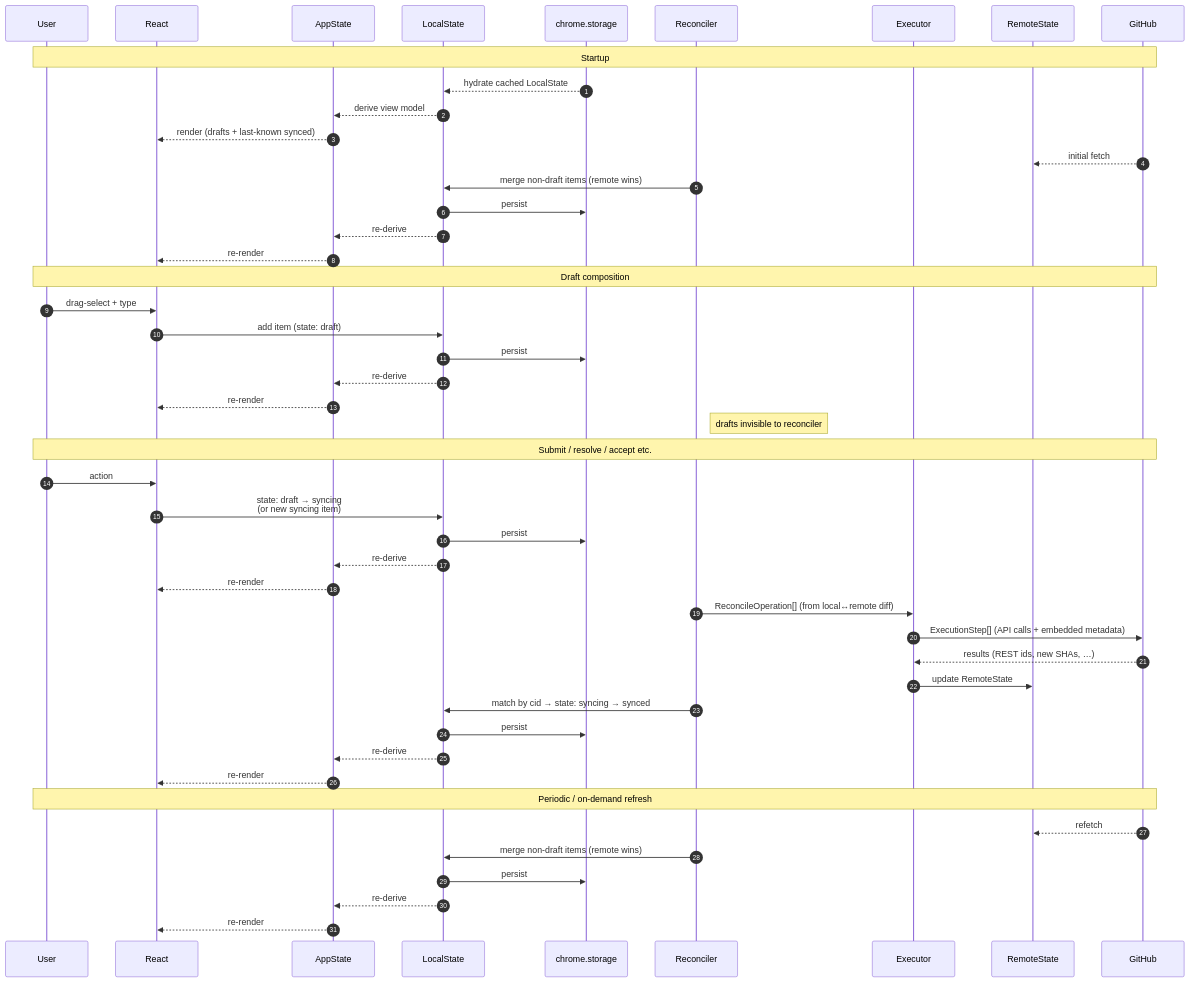
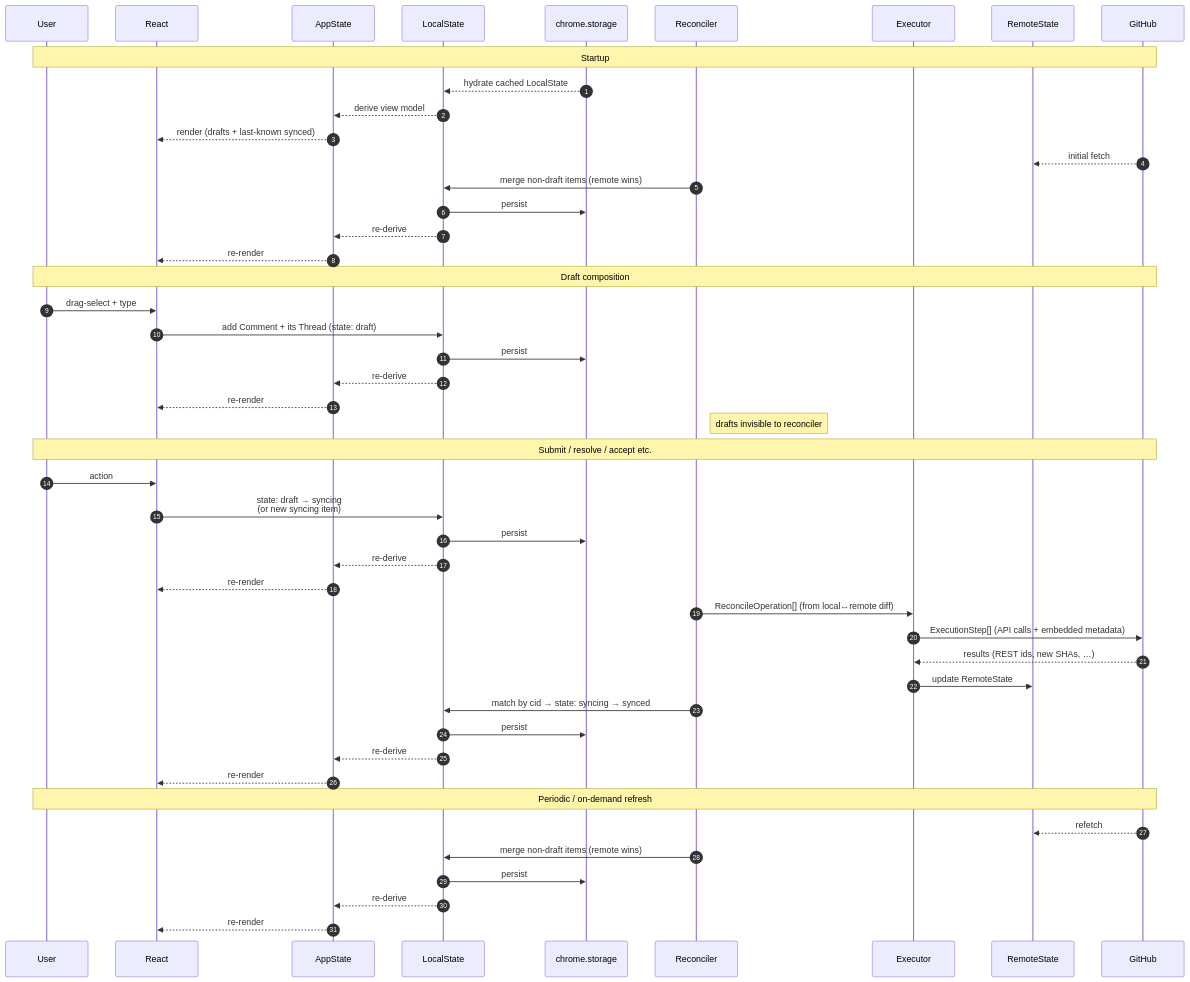
The third of 3 diagrams in docs/adr/0001-pr-data-layer-architecture.md (nownabe/bark), drawn with Mermaid before and after one commit. The commit also changed 8 other files, not shown here.

First line of the commit message:
feat(pr): create a top-level draft Comment's Thread with it (#323)

````diff
--- a/docs/adr/0001-pr-data-layer-architecture.md
+++ b/docs/adr/0001-pr-data-layer-architecture.md
@@ -172,53 +172,53 @@
 ```mermaid
 sequenceDiagram
     autonumber
     participant U as User
     participant R as React
     participant A as AppState
     participant L as LocalState
     participant C as chrome.storage
     participant Rec as Reconciler
     participant Ex as Executor
     participant Rem as RemoteState
     participant GH as GitHub
 
     Note over U,GH: Startup
     C-->>L: hydrate cached LocalState
     L-->>A: derive view model
     A-->>R: render (drafts + last-known synced)
     GH-->>Rem: initial fetch
     Rec->>L: merge non-draft items (remote wins)
     L->>C: persist
     L-->>A: re-derive
     A-->>R: re-render
 
     Note over U,GH: Draft composition
     U->>R: drag-select + type
-    R->>L: add item (state: draft)
+    R->>L: add Comment + its Thread (state: draft)
     L->>C: persist
     L-->>A: re-derive
     A-->>R: re-render
     Note right of Rec: drafts invisible to reconciler
 
     Note over U,GH: Submit / resolve / accept etc.
     U->>R: action
     R->>L: state: draft → syncing<br/>(or new syncing item)
     L->>C: persist
     L-->>A: re-derive
     A-->>R: re-render
     Rec->>Ex: ReconcileOperation[] (from local↔remote diff)
     Ex->>GH: ExecutionStep[] (API calls + embedded metadata)
     GH-->>Ex: results (REST ids, new SHAs, …)
     Ex->>Rem: update RemoteState
     Rec->>L: match by cid → state: syncing → synced
     L->>C: persist
     L-->>A: re-derive
     A-->>R: re-render
 
     Note over U,GH: Periodic / on-demand refresh
     GH-->>Rem: refetch
     Rec->>L: merge non-draft items (remote wins)
     L->>C: persist
     L-->>A: re-derive
     A-->>R: re-render
 ```
````
